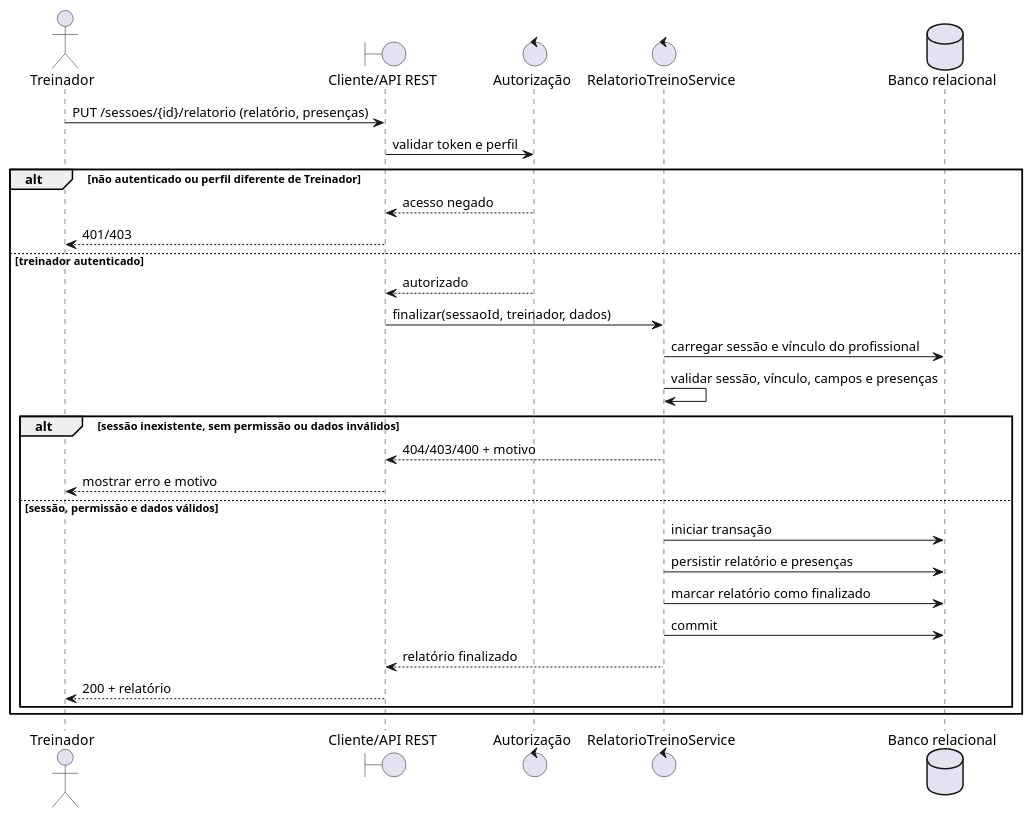
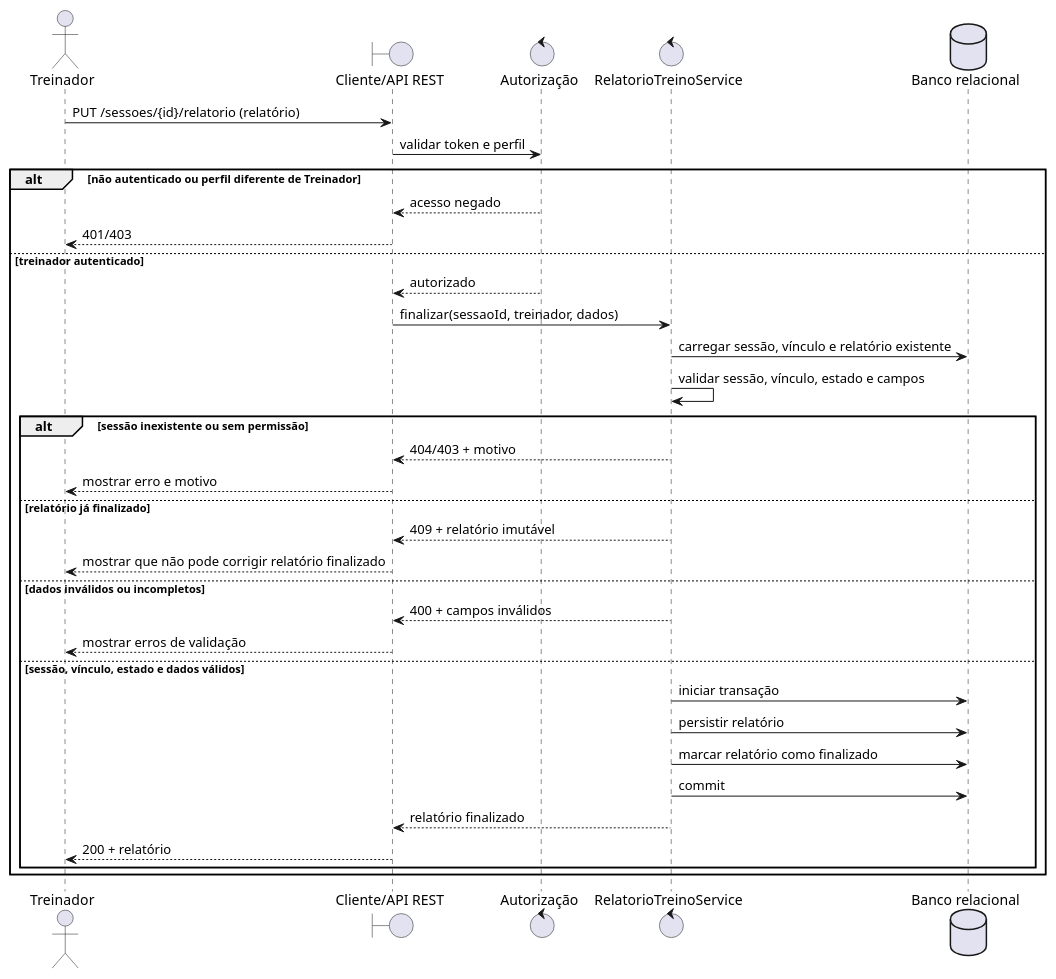
The second of 2 diagrams in docs/Elaboracao/diagrama_de_sequencia.md (Projetos-de-Extensao/PECDII_26.2_8001_I), drawn with PlantUML before and after one commit. The commit also changed other lines of this file and 22 other files, not shown here.

````diff
--- a/docs/Elaboracao/diagrama_de_sequencia.md
+++ b/docs/Elaboracao/diagrama_de_sequencia.md
@@ -54,32 +54,38 @@
 ```plantuml
 @startuml finalizar_relatorio_treino
 actor Treinador
 boundary "Cliente/API REST" as API
 control "Autorização" as Auth
 control "RelatorioTreinoService" as Relatorio
 database "Banco relacional" as DB
 
-Treinador -> API: PUT /sessoes/{id}/relatorio (relatório, presenças)
+Treinador -> API: PUT /sessoes/{id}/relatorio (relatório)
 API -> Auth: validar token e perfil
 alt não autenticado ou perfil diferente de Treinador
   Auth --> API: acesso negado
   API --> Treinador: 401/403
 else treinador autenticado
   Auth --> API: autorizado
   API -> Relatorio: finalizar(sessaoId, treinador, dados)
-  Relatorio -> DB: carregar sessão e vínculo do profissional
-  Relatorio -> Relatorio: validar sessão, vínculo, campos e presenças
-  alt sessão inexistente, sem permissão ou dados inválidos
-    Relatorio --> API: 404/403/400 + motivo
+  Relatorio -> DB: carregar sessão, vínculo e relatório existente
+  Relatorio -> Relatorio: validar sessão, vínculo, estado e campos
+  alt sessão inexistente ou sem permissão
+    Relatorio --> API: 404/403 + motivo
     API --> Treinador: mostrar erro e motivo
-  else sessão, permissão e dados válidos
+  else relatório já finalizado
+    Relatorio --> API: 409 + relatório imutável
+    API --> Treinador: mostrar que não pode corrigir relatório finalizado
+  else dados inválidos ou incompletos
+    Relatorio --> API: 400 + campos inválidos
+    API --> Treinador: mostrar erros de validação
+  else sessão, vínculo, estado e dados válidos
     Relatorio -> DB: iniciar transação
-    Relatorio -> DB: persistir relatório e presenças
+    Relatorio -> DB: persistir relatório
     Relatorio -> DB: marcar relatório como finalizado
     Relatorio -> DB: commit
     Relatorio --> API: relatório finalizado
     API --> Treinador: 200 + relatório
   end
 end
 @enduml
 ```
````
